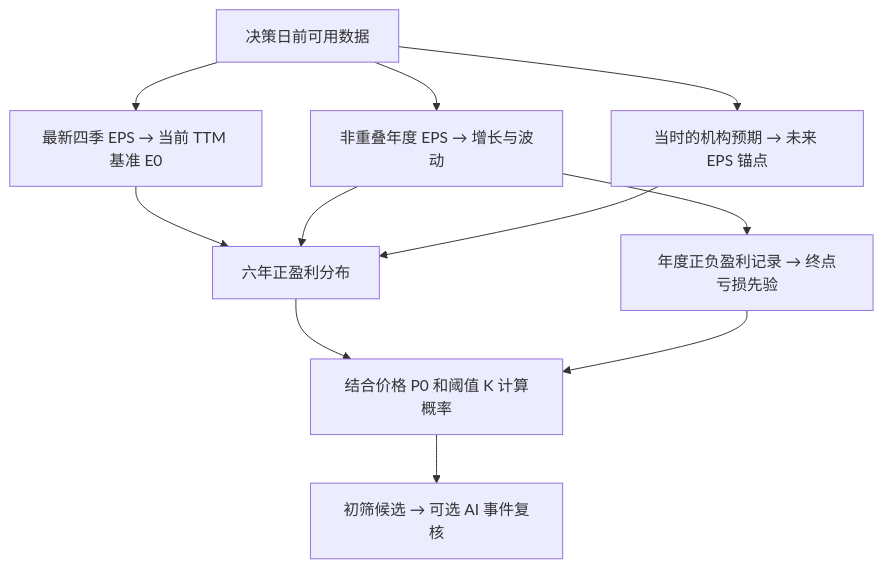
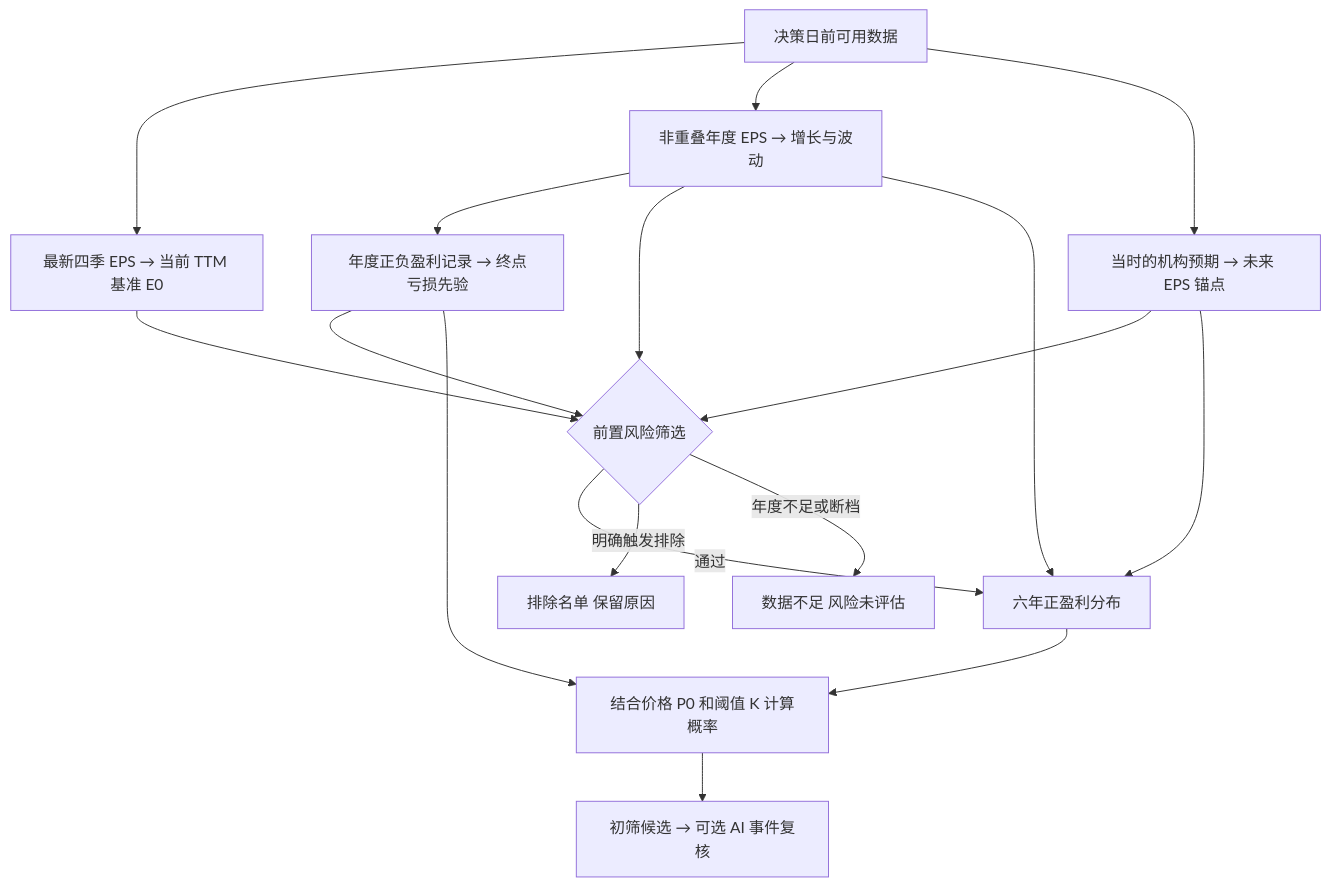
Before and after one commit to minidas/Stock-picking_by_FPE: the diagram in docs/MODEL_WALKTHROUGH.md, drawn with Mermaid. The commit also changed other lines of this file and 55 other files, not shown here.

````diff
--- a/docs/MODEL_WALKTHROUGH.md
+++ b/docs/MODEL_WALKTHROUGH.md
@@ -48,13 +53,19 @@
 ```mermaid
 flowchart TD
     A[决策日前可用数据] --> B[最新四季 EPS → 当前 TTM 基准 E0]
     A --> C[非重叠年度 EPS → 增长与波动]
     C --> D[年度正负盈利记录 → 终点亏损先验]
     A --> E[当时的机构预期 → 未来 EPS 锚点]
-    B --> F[六年正盈利分布]
+    B --> R{前置风险筛选}
+    C --> R
+    D --> R
+    E --> R
+    R -->|通过| F[六年正盈利分布]
+    R -->|明确触发排除| X[排除名单 保留原因]
+    R -->|年度不足或断档| U[数据不足 风险未评估]
     C --> F
     E --> F
     F --> G[结合价格 P0 和阈值 K 计算概率]
     D --> G
     G --> H[初筛候选 → 可选 AI 事件复核]
 ```
````
